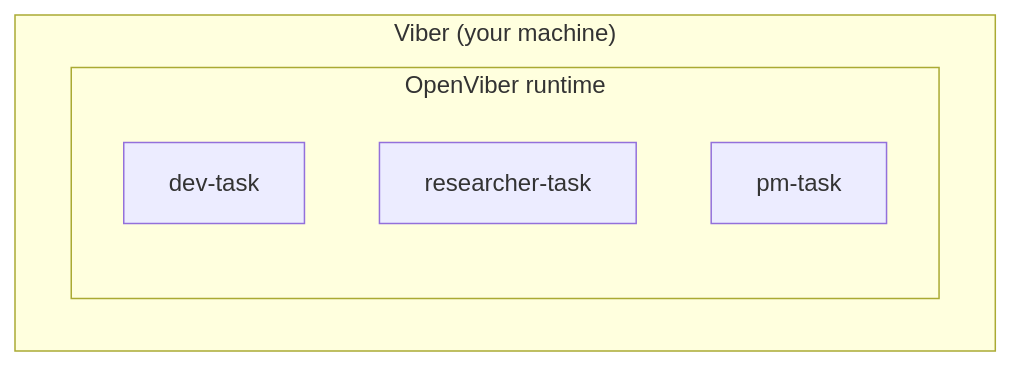
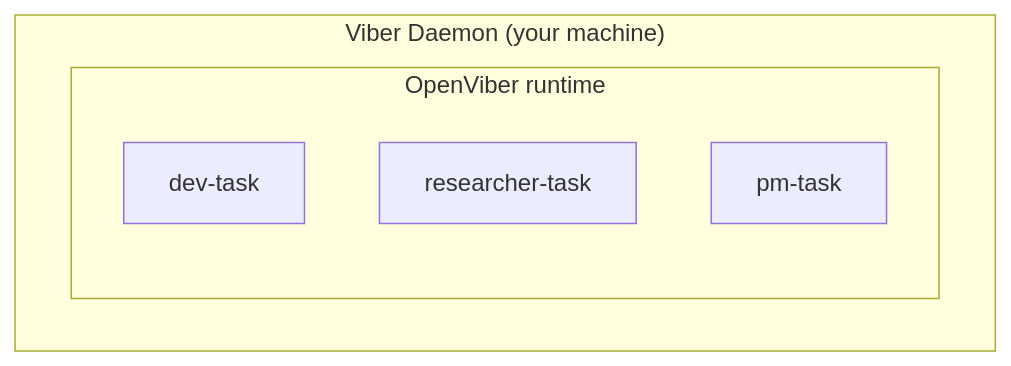
Before and after one commit to dustland/openviber: the diagram in docs/concepts/viber.md, drawn with Mermaid. The commit also changed 46 other files, not shown here.

First line of the commit message:
refactor: rename all node terminology to viber across full stack

````diff
--- a/docs/concepts/viber.md
+++ b/docs/concepts/viber.md
@@ -9,10 +9,10 @@
 ```mermaid
 graph TB
-    subgraph node["Viber (your machine)"]
+    subgraph daemon["Viber Daemon (your machine)"]
         subgraph openviber["OpenViber runtime"]
             t1["dev-task"]
             t2["researcher-task"]
             t3["pm-task"]
         end
     end
 ```
````
